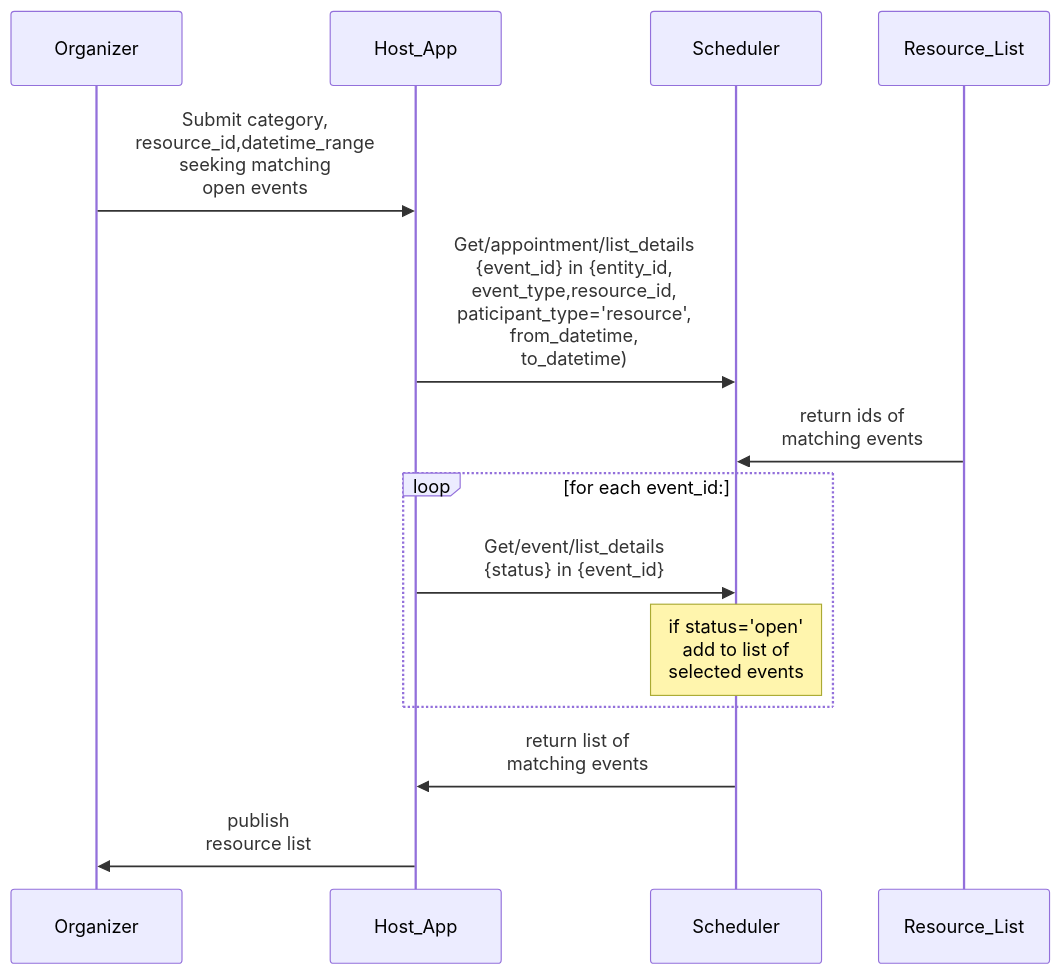
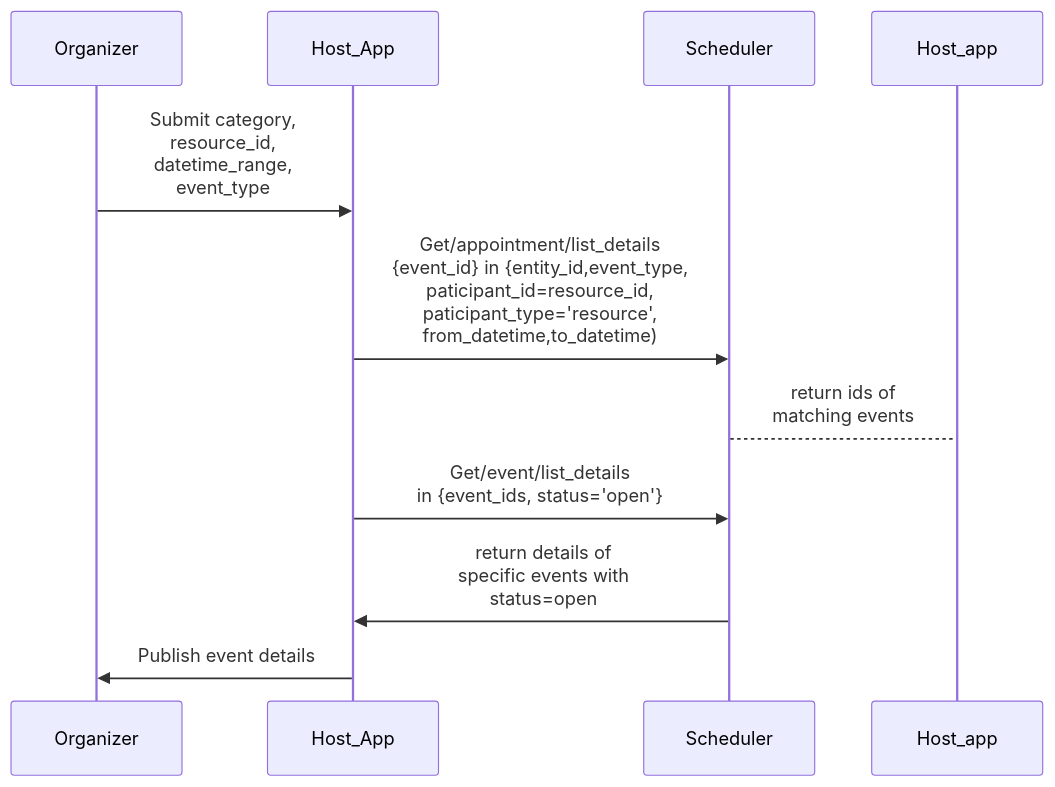
The third of 14 diagrams in spec/9-workflows.md (GovStackWorkingGroup/scheduler), drawn with Mermaid before and after one commit. The commit also changed other lines of this file and 5 other files, not shown here.

````diff
--- a/spec/9-workflows.md
+++ b/spec/9-workflows.md
@@ -106,12 +94,10 @@
 ```mermaid
 sequenceDiagram
-Organizer->>Host_App:Submit category,<br> resource_id,datetime_range <br> seeking matching<br> open events 
-Host_App->>Scheduler:Get/appointment/list_details<br>{event_id} in {entity_id, <br>event_type,resource_id,<br>paticipant_type='resource',<br>from_datetime,<br>to_datetime)
-Resource_List->>Scheduler: return ids of<br> matching events
-Loop for each event_id:
-   Host_App->>Scheduler:Get/event/list_details<br>{status} in {event_id}  
-   note over Scheduler: if status='open' <br>add to list of<br> selected events
-end
-Scheduler->>Host_App: return list of <br>matching events 
-Host_App->> Organizer: publish <br>resource list
+Organizer->>Host_App:Submit category,<br> resource_id,<br>datetime_range,<br> event_type
+Host_App->>Scheduler:Get/appointment/list_details<br>{event_id} in {entity_id,event_type,<br>paticipant_id=resource_id,<br>paticipant_type='resource',<br>from_datetime,to_datetime)
+Scheduler-->Host_app: return ids of<br> matching events
+Host_App->>Scheduler:Get/event/list_details<br> in {event_ids, status='open'}  
+Scheduler->>Host_App: return details of <br>specific events with<br> status=open
+Host_App->> Organizer: Publish event details 
+
 ```
````
